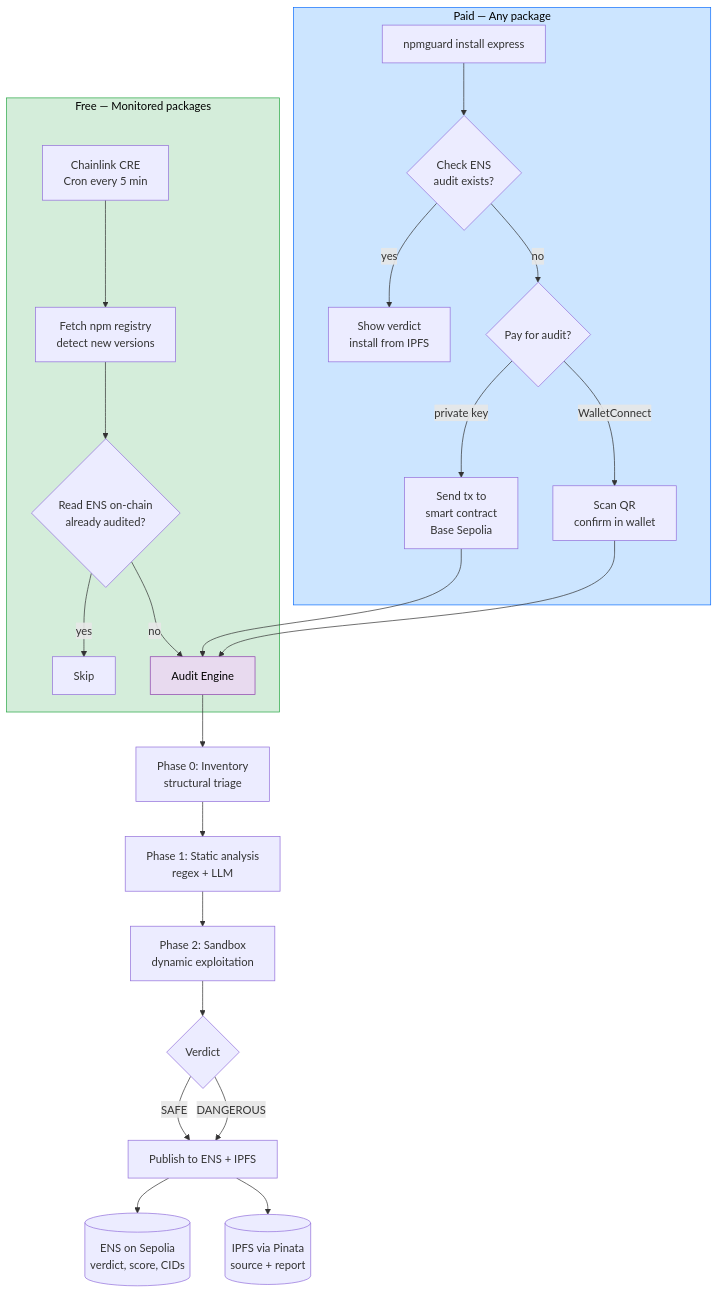
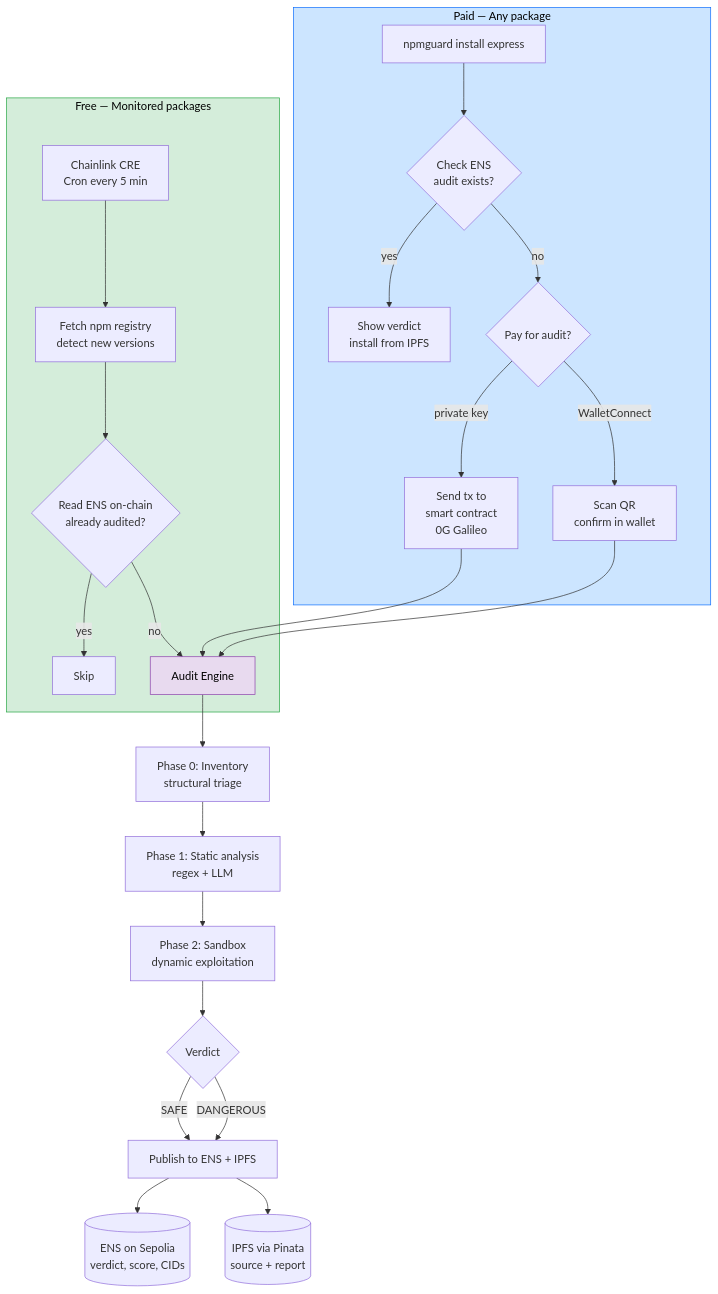
The first of 2 diagrams in README.md (kryczkal/EthCannes2026), drawn with Mermaid before and after one commit. The commit also changed other lines of this file and 6 other files, not shown here.

First line of the commit message:
feat: switch payment chain from Base Sepolia to 0G Galileo Testnet

````diff
--- a/README.md
+++ b/README.md
@@ -13,33 +13,33 @@
 ```mermaid
 flowchart TD
     subgraph FREE["Free — Monitored packages"]
         CRON[Chainlink CRE<br/>Cron every 5 min] --> NPM[Fetch npm registry<br/>detect new versions]
         NPM --> ENS_CHECK{Read ENS on-chain<br/>already audited?}
         ENS_CHECK -->|yes| SKIP[Skip]
         ENS_CHECK -->|no| ENGINE
     end
 
     subgraph PAID["Paid — Any package"]
         CLI_INSTALL[npmguard install express] --> ENS_READ{Check ENS<br/>audit exists?}
         ENS_READ -->|yes| SHOW[Show verdict<br/>install from IPFS]
         ENS_READ -->|no| PAY{Pay for audit?}
-        PAY -->|private key| TX[Send tx to<br/>smart contract<br/>Base Sepolia]
+        PAY -->|private key| TX[Send tx to<br/>smart contract<br/>0G Galileo]
         PAY -->|WalletConnect| QR[Scan QR<br/>confirm in wallet]
         TX --> ENGINE
         QR --> ENGINE
     end
 
     ENGINE[Audit Engine] --> INVENTORY[Phase 0: Inventory<br/>structural triage]
     INVENTORY --> STATIC[Phase 1: Static analysis<br/>regex + LLM]
     STATIC --> SANDBOX[Phase 2: Sandbox<br/>dynamic exploitation]
     SANDBOX --> VERDICT{Verdict}
 
     VERDICT -->|SAFE| PUBLISH[Publish to ENS + IPFS]
     VERDICT -->|DANGEROUS| PUBLISH
     PUBLISH --> ENS_STORE[(ENS on Sepolia<br/>verdict, score, CIDs)]
     PUBLISH --> IPFS_STORE[(IPFS via Pinata<br/>source + report)]
 
     style FREE fill:#d4edda,stroke:#28a745,color:#000
     style PAID fill:#cce5ff,stroke:#0d6efd,color:#000
     style ENGINE fill:#e8daef,stroke:#8e44ad,color:#000
 ```
````
